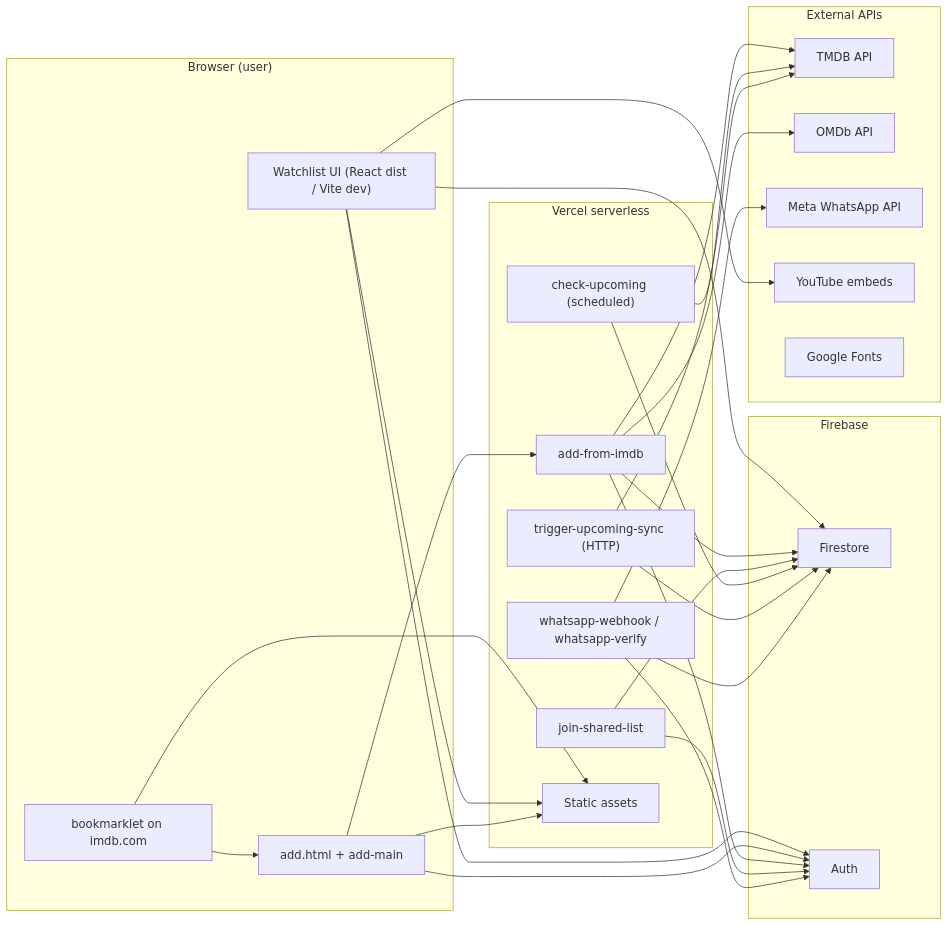
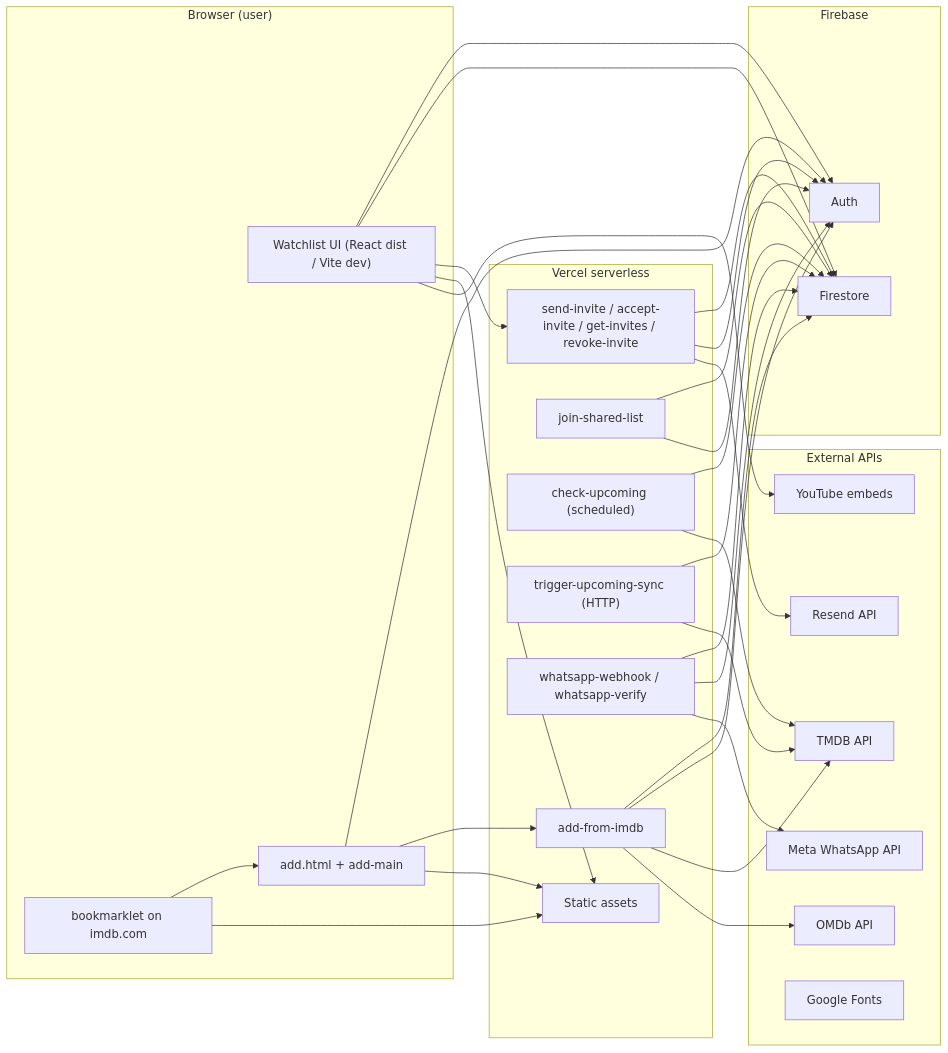
The first of 5 diagrams in system-design.md (maulbogat/watchlist-app), drawn with Mermaid before and after one commit. The commit also changed other lines of this file and 23 other files, not shown here.

````diff
--- a/system-design.md
+++ b/system-design.md
@@ -352,55 +397,61 @@
 ```mermaid
 flowchart LR
   subgraph Browser["Browser (user)"]
     SPA["Watchlist UI (React dist / Vite dev)"]
     ADD["add.html + add-main"]
     BM["bookmarklet on imdb.com"]
   end
 
   subgraph VercelAPI["Vercel serverless"]
     NF1["add-from-imdb"]
     NF2["join-shared-list"]
     NF3["check-upcoming (scheduled)"]
     NF4["trigger-upcoming-sync (HTTP)"]
     NF5["whatsapp-webhook / whatsapp-verify"]
+    NF6["send-invite / accept-invite / get-invites / revoke-invite"]
     Static["Static assets"]
   end
 
   subgraph Firebase["Firebase"]
     FS["Firestore"]
     FA["Auth"]
   end
 
   subgraph External["External APIs"]
     TMDB["TMDB API"]
     OMDb["OMDb API"]
     WA["Meta WhatsApp API"]
+    RS["Resend API"]
     YT["YouTube embeds"]
     GFonts["Google Fonts"]
   end
 
   SPA --> FA
   SPA --> FS
+  SPA --> NF6
   ADD --> FA
   ADD --> NF1
   BM --> ADD
   BM --> Static
   SPA --> Static
   ADD --> Static
 
   NF1 --> FS
   NF1 --> FA
   NF1 --> TMDB
   NF1 --> OMDb
   NF2 --> FS
   NF2 --> FA
   NF3 --> FS
   NF3 --> TMDB
   NF4 --> FS
   NF4 --> TMDB
   NF5 --> FS
   NF5 --> FA
   NF5 --> WA
+  NF6 --> FS
+  NF6 --> FA
+  NF6 --> RS
 
   SPA --> YT
 ```
````
